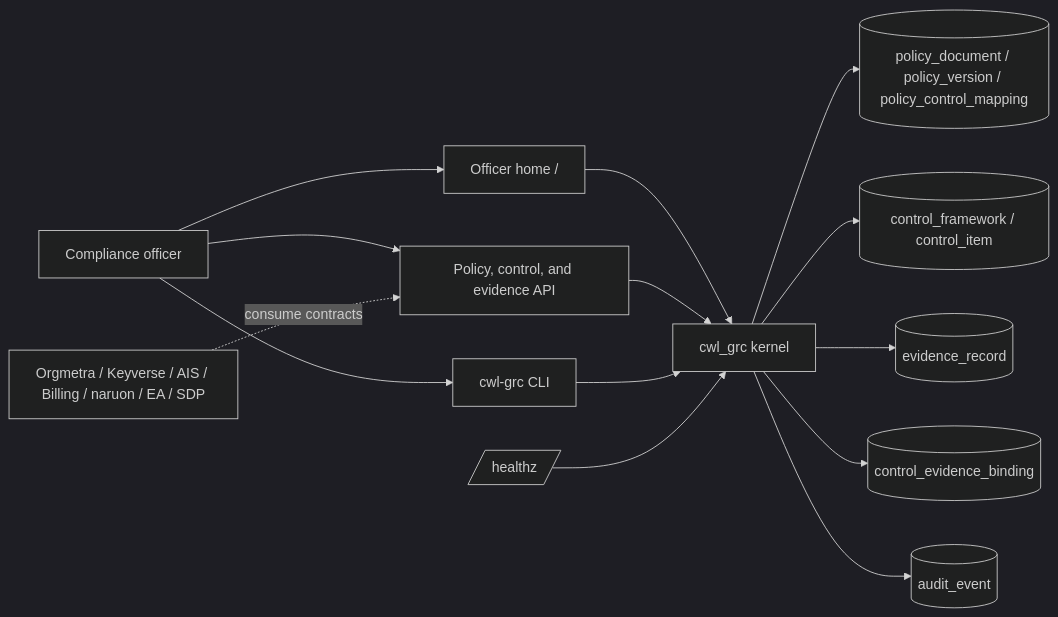
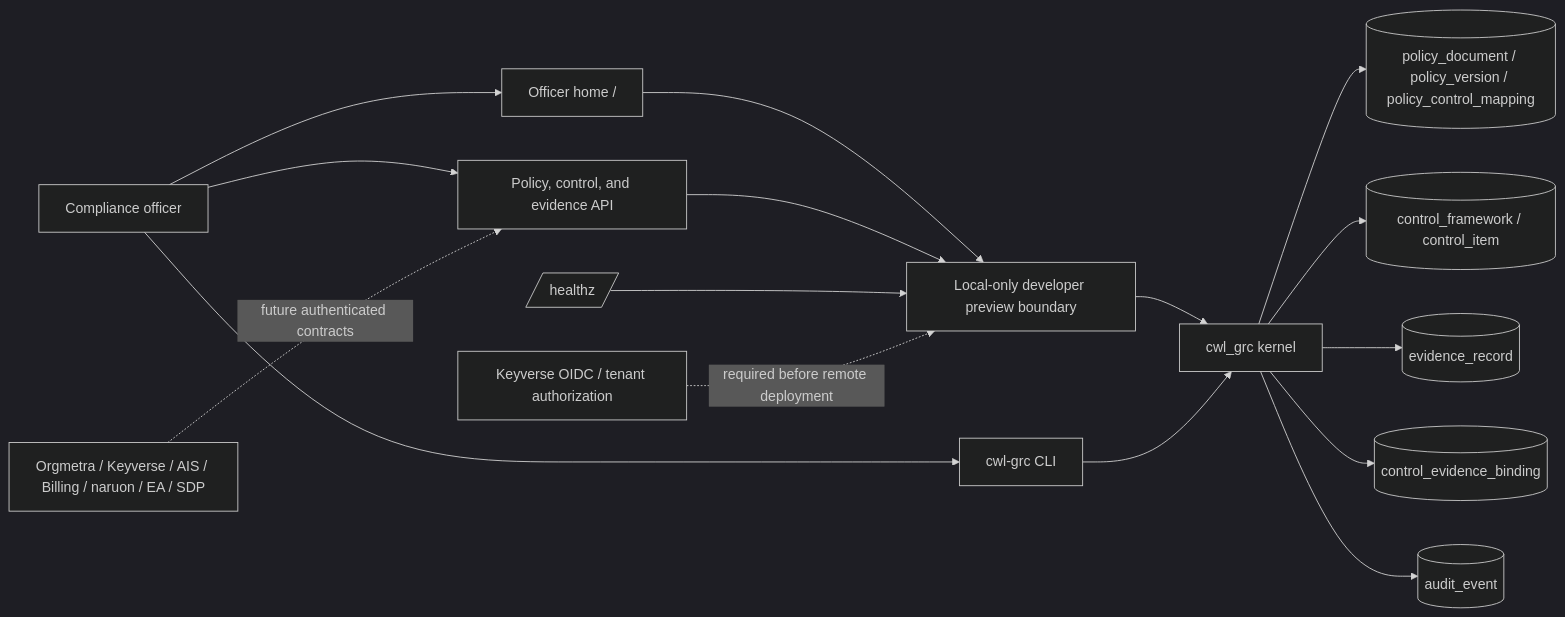
Before and after one commit to ContextualWisdomLab/governance-risk-compliance: the diagram in ARCHITECTURE.md, drawn with Mermaid (dark theme). The commit also changed other lines of this file, not shown here.

Commit message:
docs: correct GRC authentication and privacy architecture

````diff
--- a/ARCHITECTURE.md
+++ b/ARCHITECTURE.md
@@ -7,16 +7,18 @@
 ```mermaid
 flowchart LR
     officer[Compliance officer] --> home[Officer home /]
     officer --> api[Policy, control, and evidence API]
     officer --> cli[cwl-grc CLI]
-    home --> kernel[cwl_grc kernel]
-    api --> kernel
+    home --> preview[Local-only developer preview boundary]
+    api --> preview
+    preview --> kernel[cwl_grc kernel]
     cli --> kernel
-    probe[/healthz/] --> kernel
+    probe[/healthz/] --> preview
     kernel --> policy[(policy_document / policy_version / policy_control_mapping)]
     kernel --> catalog[(control_framework / control_item)]
     kernel --> evidence[(evidence_record)]
     kernel --> binding[(control_evidence_binding)]
     kernel --> audit[(audit_event)]
-    consumers[Orgmetra / Keyverse / AIS / Billing / naruon / EA / SDP] -. consume contracts .-> api
+    keyverse[Keyverse OIDC / tenant authorization] -. required before remote deployment .-> preview
+    consumers[Orgmetra / Keyverse / AIS / Billing / naruon / EA / SDP] -. future authenticated contracts .-> api
 ```
````
